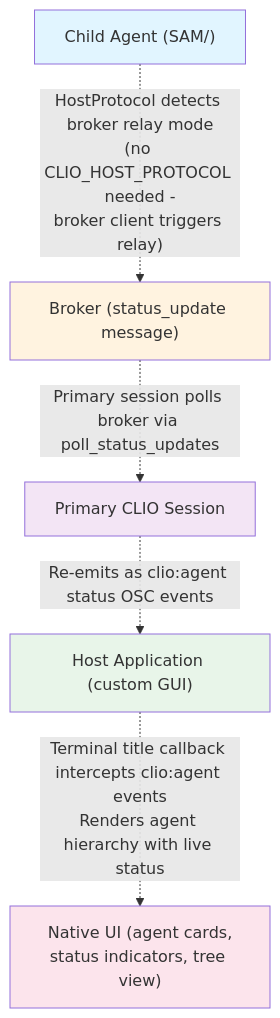
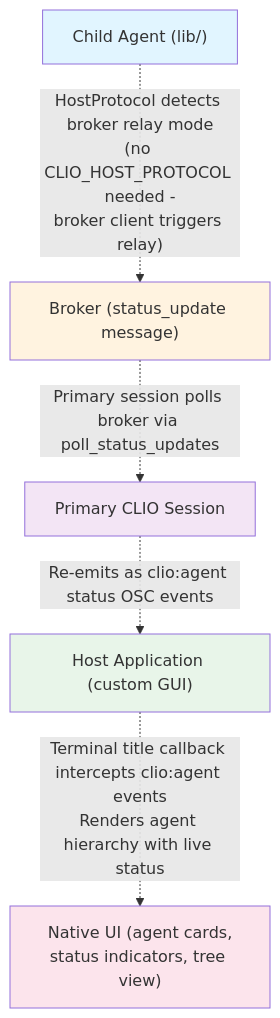
One commit to SyntheticAutonomicMind/CLIO changed the third of 5 diagrams in docs/MULTI_AGENT_COORDINATION.md. Above: the diagram before and after it, drawn with Mermaid. The commit also changed other lines of this file and 14 other files, not shown here.

````diff
--- a/docs/MULTI_AGENT_COORDINATION.md
+++ b/docs/MULTI_AGENT_COORDINATION.md
@@ -186,19 +187,19 @@
 ```mermaid
 graph TD
-    CA["Child Agent (SAM/)"]
+    CA["Child Agent (lib/)"]
     Broker["Broker (status_update message)"]
     Primary["Primary CLIO Session"]
     HostApp["Host Application (custom GUI)"]
     NativeUI["Native UI (agent cards,<br/>status indicators, tree view)"]
 
     CA -. "HostProtocol detects broker relay mode<br/>(no CLIO_HOST_PROTOCOL needed -<br/>broker client triggers relay)" .-> Broker
     Broker -. "Primary session polls broker via poll_status_updates" .-> Primary
     Primary -. "Re-emits as clio:agent status OSC events" .-> HostApp
     HostApp -. "Terminal title callback intercepts clio:agent events<br/>Renders agent hierarchy with live status" .-> NativeUI
 
     style CA fill:#e1f5ff
     style Broker fill:#fff3e0
     style Primary fill:#f3e5f5
     style HostApp fill:#e8f5e9
     style NativeUI fill:#fce4ec
 ```
````
